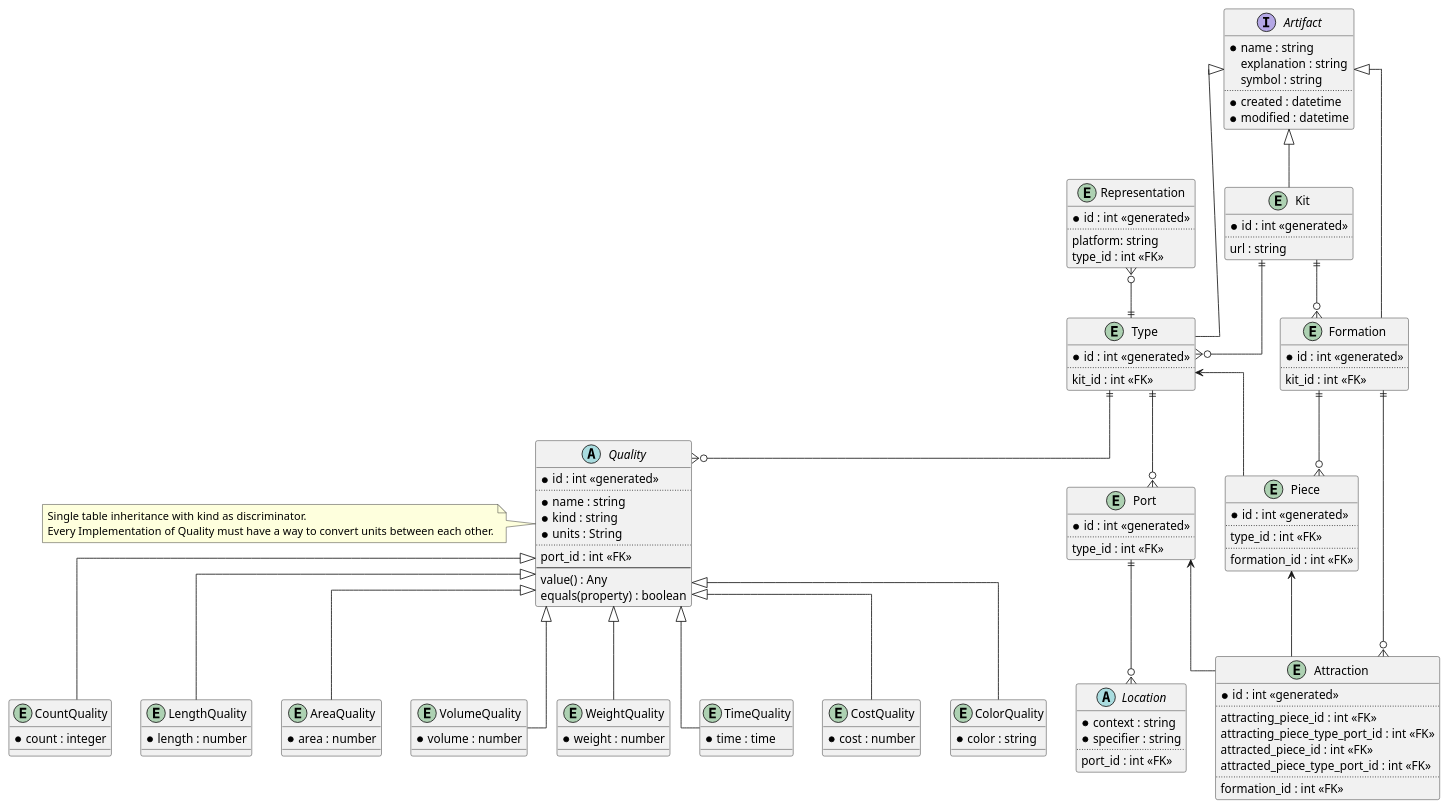
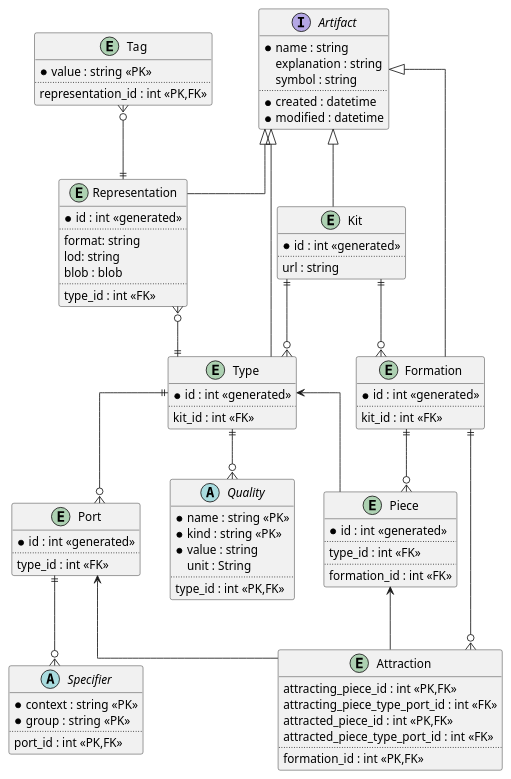
One commit to usalu/semio changed the diagram in docs/softwarequality/softwarearchitecture/dataarchitecture.pu. Above: the diagram before and after it, drawn with PlantUML. The commit also changed 1 other file, not shown here.

Commit message:
🛣️Build composition over inheritance for ports and types
- Types are no longer referenced inside a piece with only a name but now as well over qualities
- Ports are referenced through specifiers
- Added level of detail and tags to representation
- Removed Specialization of Qualities

```diff
--- a/docs/softwarequality/softwarearchitecture/dataarchitecture.pu
+++ b/docs/softwarequality/softwarearchitecture/dataarchitecture.pu
@@ -1,147 +1,107 @@
 @startuml "data architecture"
 skinparam linetype ortho
 
 interface Artifact {
     *name : string
     explanation : string
     symbol : string
     ..
     *created : datetime
     *modified : datetime
 }
 
 entity Kit {
     *id : int <<generated>> 
     ..
     url : string
 }
 
 entity Type {
     *id : int <<generated>>
     ..
     kit_id : int <<FK>>
 }
 
 entity Representation {
     *id : int <<generated>>
     ..
-    platform: string
+    format: string
+    lod: string
+    blob : blob
+    ..
     type_id : int <<FK>>
+}
+
+entity Tag {
+    *value : string <<PK>>
+    ..
+    representation_id : int <<PK,FK>>
 }
 
 entity Port {
     *id : int <<generated>>
     ..
     type_id : int <<FK>>
 }
 
 abstract Quality {
-    *id : int <<generated>>
+    *name : string <<PK>>
+    *kind : string <<PK>>
+    *value : string
+    unit : String
     ..
-    *name : string
-    *kind : string
-    *units : String
-    ..
-    port_id : int <<FK>>
-    --
-    value() : Any
-    equals(property) : boolean
+    type_id : int <<PK,FK>>
 }
-note left of Quality
-    Single table inheritance with kind as discriminator.
-    Every Implementation of Quality must have a way to convert units between each other.
-end note
 
 
-entity CountQuality {
-    *count : integer
-}
-
-entity LengthQuality {
-    *length : number
-}
-
-entity AreaQuality {
-    *area : number
-}
-
-entity VolumeQuality {
-    *volume : number
-}
-
-entity WeightQuality {
-    *weight : number
-}
-
-entity TimeQuality {
-    *time : time
-}
-
-entity CostQuality {
-    *cost : number
-}
-
-entity ColorQuality {
-    *color : string
-}
-
-abstract Location {
-    *context : string
-    *specifier : string
+abstract Specifier {
+    *context : string <<PK>>
+    *group : string <<PK>>
     ..
-    port_id : int <<FK>>
+    port_id : int <<PK,FK>>
 }
 
 entity Piece{
     *id : int <<generated>>
     ..
     type_id : int <<FK>>
     ..
     formation_id : int <<FK>>
 }
 
 entity Attraction {
-    *id : int <<generated>>
-    ..
-    attracting_piece_id : int <<FK>>
+    attracting_piece_id : int <<PK,FK>>
     attracting_piece_type_port_id : int <<FK>>
-    attracted_piece_id : int <<FK>>
+    attracted_piece_id : int <<PK,FK>>
     attracted_piece_type_port_id : int <<FK>>
     ..
-    formation_id : int <<FK>>
+    formation_id : int <<PK,FK>>
 }
 
 entity Formation {
     *id : int <<generated>>
     ..
     kit_id : int <<FK>>
 }
 
 
 Kit ||--o{ Type
 Kit ||--o{ Formation
+Tag }o--|| Representation
 Representation }o--|| Type
 Type ||--o{ Port
 Type ||--o{ Quality
 Formation ||--o{ Piece
 Formation ||--o{ Attraction
-Port ||--o{  Location
+Port ||--o{  Specifier
 Type <-- Piece
 Piece <-- Attraction
 Port <-- Attraction
 
-Quality <|-- LengthQuality
-Quality <|-- CountQuality
-Quality <|-- AreaQuality
-Quality <|-- VolumeQuality
-Quality <|-- WeightQuality
-Quality <|-- TimeQuality
-Quality <|-- CostQuality
-Quality <|-- ColorQuality
-
 Artifact <|-- Kit
 Artifact <|-- Type
 Artifact <|-- Formation
+Artifact <|-- Representation
 
 
 @enduml
```
